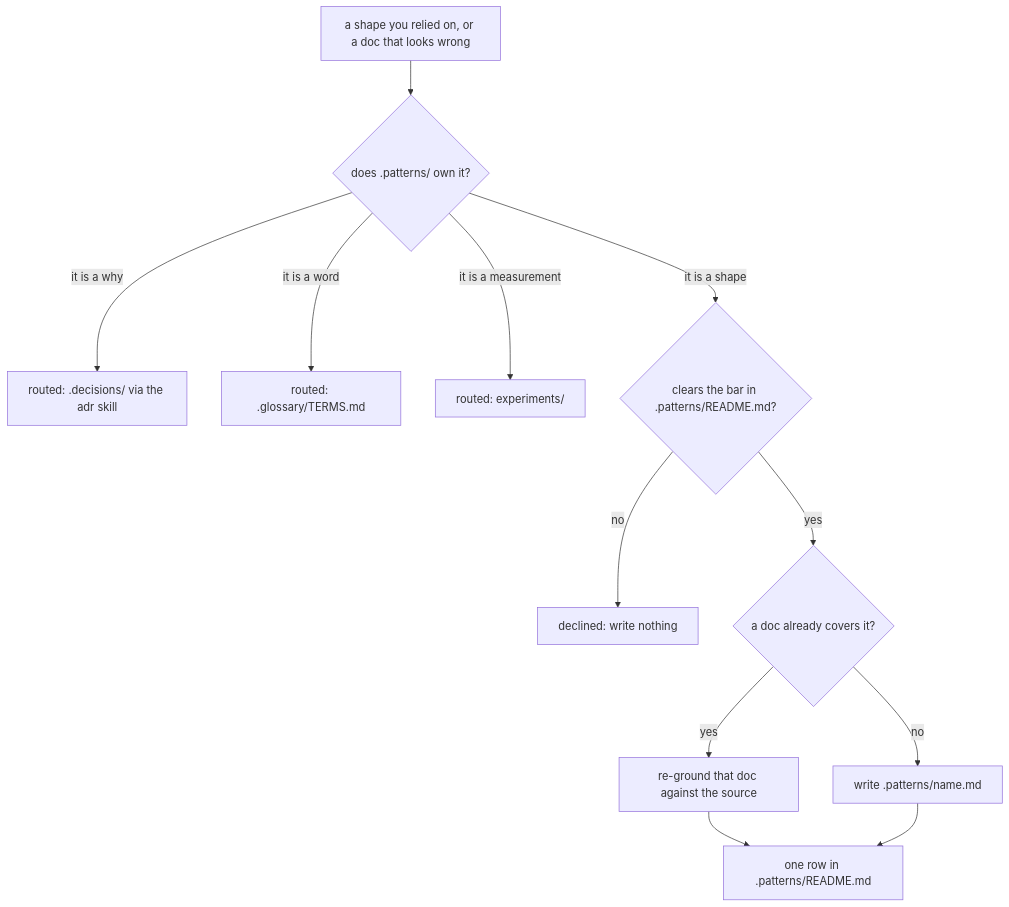
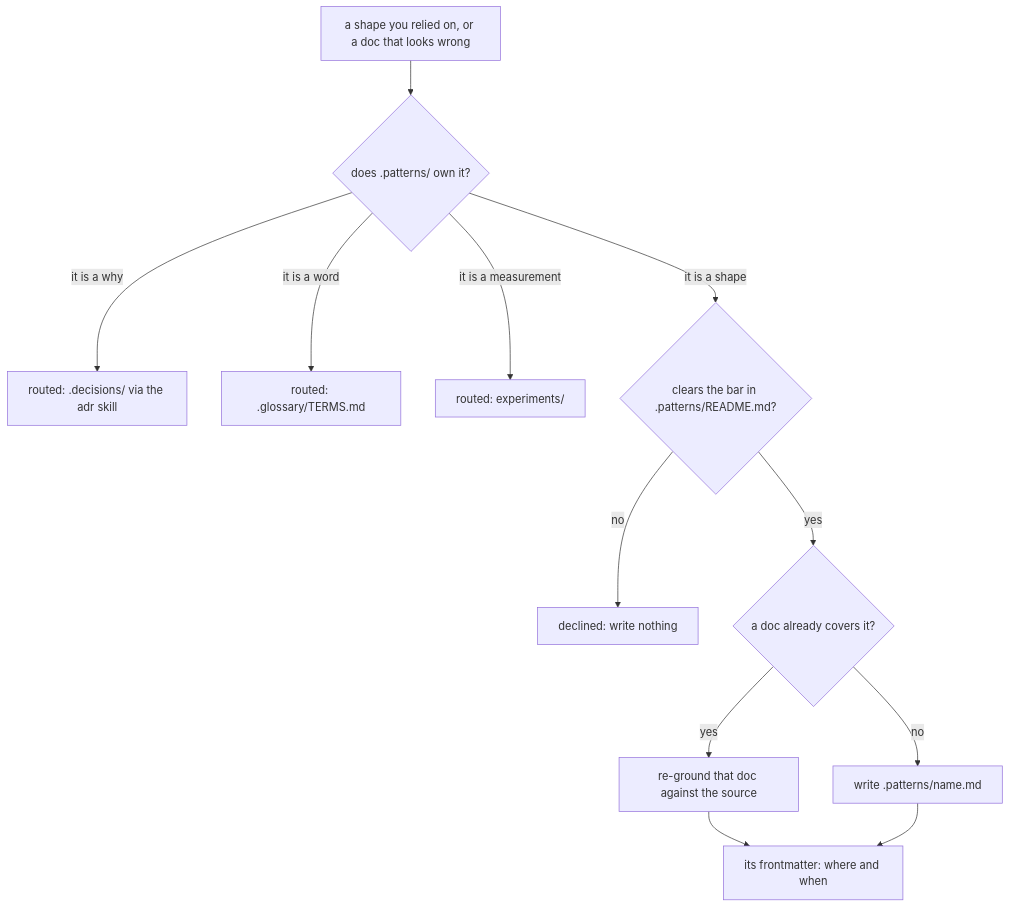
One commit to usirin/tea-fabrika changed the diagram in .agents/skills/write-pattern/SKILL.md. Above: the diagram before and after it, drawn with Mermaid. The commit also changed other lines of this file and 441 other files, not shown here.

````diff
--- a/.agents/skills/write-pattern/SKILL.md
+++ b/.agents/skills/write-pattern/SKILL.md
@@ -17,14 +17,14 @@
 ```mermaid
 flowchart TD
   start["a shape you relied on, or a doc that looks wrong"] --> owns{"does .patterns/ own it?"}
   owns -- "it is a why" --> routed["routed: .decisions/ via the adr skill"]
   owns -- "it is a word" --> routedWord["routed: .glossary/TERMS.md"]
   owns -- "it is a measurement" --> routedExp["routed: experiments/"]
   owns -- "it is a shape" --> bar{"clears the bar in .patterns/README.md?"}
   bar -- no --> declined["declined: write nothing"]
   bar -- yes --> exists{"a doc already covers it?"}
   exists -- yes --> reground["re-ground that doc against the source"]
   exists -- no --> write["write .patterns/name.md"]
-  reground --> register["one row in .patterns/README.md"]
+  reground --> register["its frontmatter: where and when"]
   write --> register
 ```
````
